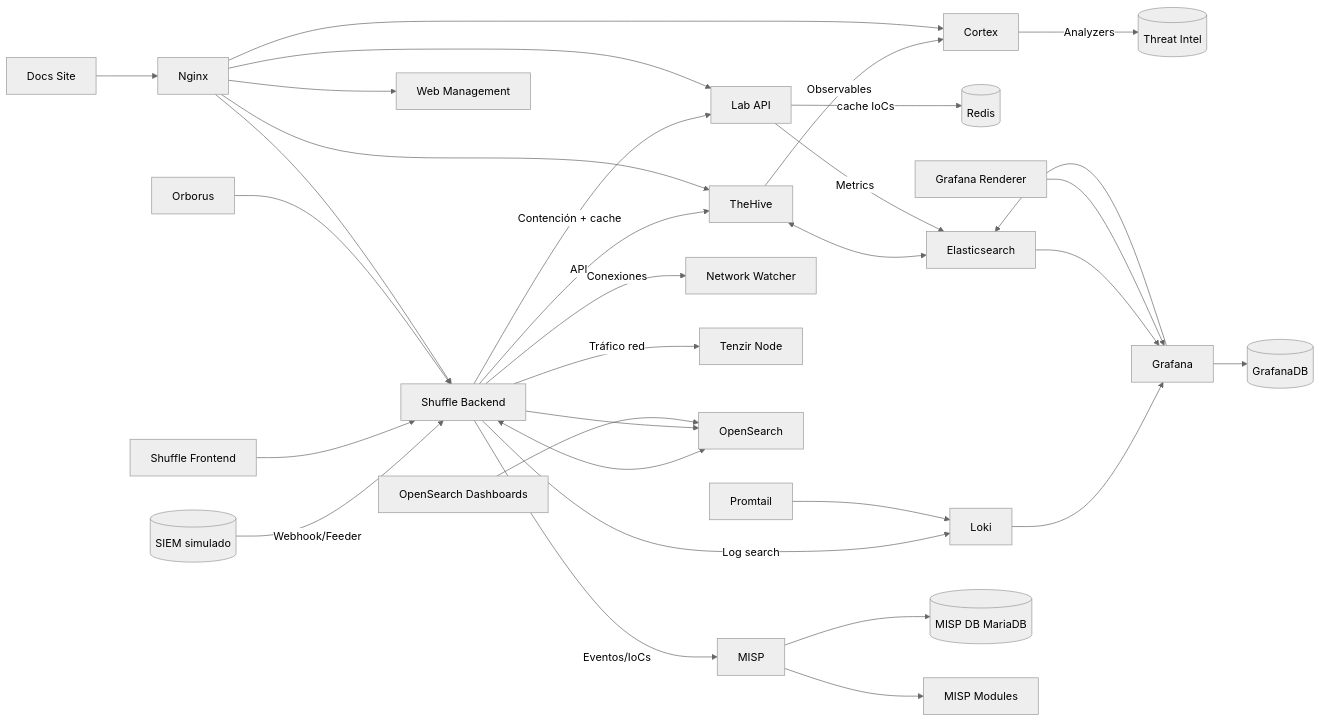
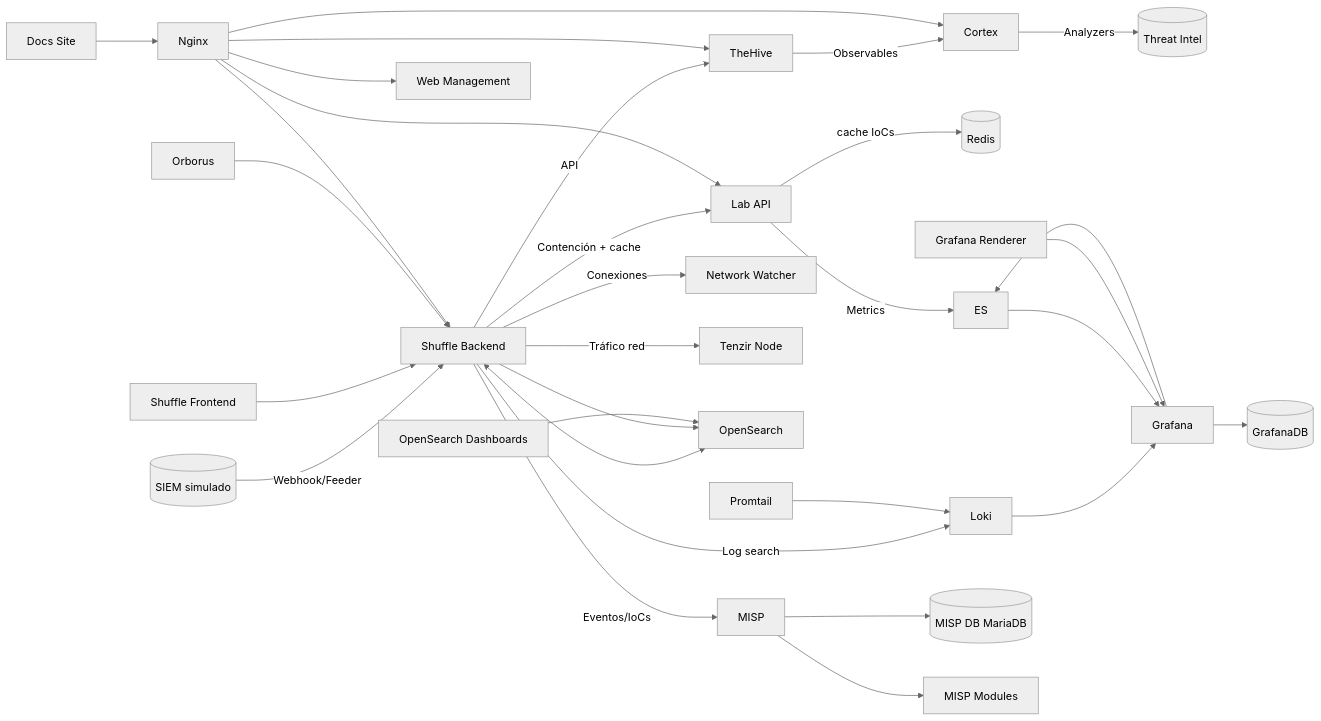
Before and after one commit to alesanfe/soar-ransomware-lab: the fifth of 22 diagrams in docs/02-architecture.md, drawn with Mermaid (neutral theme). The commit also changed other lines of this file and 107 other files, not shown here.

````diff
--- a/docs/02-architecture.md
+++ b/docs/02-architecture.md
@@ -2583,34 +2581,33 @@
 ```mermaid
 flowchart LR
   SIEM[(SIEM simulado)] -- Webhook/Feeder --> ShuffleBE[Shuffle Backend]
   ShuffleBE -- API --> TheHive
   TheHive -- Observables --> Cortex
   Cortex -- Analyzers --> TI[(Threat Intel)]
   ShuffleBE -- Eventos/IoCs --> MISP
   ShuffleBE -- Contención + cache --> API[Lab API]
   API -- cache IoCs --> Redis[(Redis)]
   ShuffleBE -- Conexiones --> NW[Network Watcher]
   ShuffleBE -- Tráfico red --> Tenzir[Tenzir Node]
-  TheHive <--> ES[Elasticsearch]
   ShuffleBE <--> OS[OpenSearch]
   API -- Metrics --> ES
   ShuffleBE -- Log search --> Loki[Loki]
   Promtail[Promtail] --> Loki
   Loki --> Grafana[Grafana]
   ES --> Grafana
   Grafana --> ES
   Grafana --> GrafanaDB[(GrafanaDB)]
   GrafanaRenderer[Grafana Renderer] --> Grafana
   ShuffleFE[Shuffle Frontend] --> ShuffleBE
   Orborus[Orborus] --> ShuffleBE
   ShuffleBE --> OS
   OSDashboards[OpenSearch Dashboards] --> OS
   MISP --> MISPDB[(MISP DB MariaDB)]
   MISP --> MISPModules[MISP Modules]
   Nginx[Nginx] --> API
   Nginx --> WebMgmt[Web Management]
   Nginx --> TheHive
   Nginx --> Cortex
   Nginx --> ShuffleBE
   DocsSite[Docs Site] --> Nginx
 ```
````
